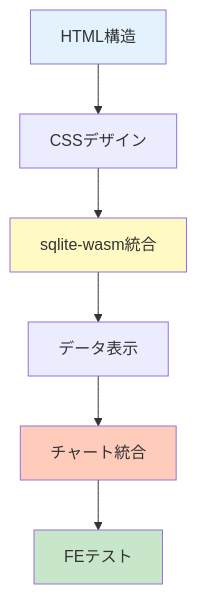
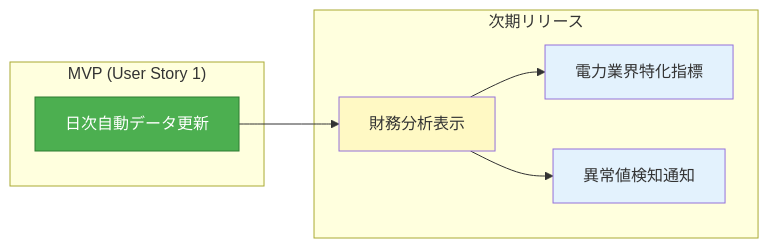
Before and after one commit to J1921604/stock-analysis: the first of 5 diagrams in specs/feature/impl-001-stock-analysis-system/tasks.md, drawn with Mermaid. The commit also changed other lines of this file and 35 other files, not shown here.

````diff
--- a/specs/feature/impl-001-stock-analysis-system/tasks.md
+++ b/specs/feature/impl-001-stock-analysis-system/tasks.md
@@ -1400,13 +31,21 @@
 ```mermaid
-flowchart TB
-    T021[HTML構造] --> T022[CSSデザイン]
-    T022 --> T023[sqlite-wasm統合]
-    T023 --> T024[データ表示]
-    T024 --> T025[チャート統合]
-    T025 --> T026[FEテスト]
+flowchart LR
+    subgraph "MVP (User Story 1)"
+        US1[日次自動データ更新]
+    end
     
-    style T021 fill:#e3f2fd
-    style T023 fill:#fff9c4
-    style T025 fill:#ffccbc
-    style T026 fill:#c8e6c9
+    subgraph "次期リリース"
+        US2[財務分析表示]
+        US3[電力業界特化指標]
+        US4[異常値検知通知]
+    end
+    
+    US1 --> US2
+    US2 --> US3
+    US2 --> US4
+    
+    style US1 fill:#4caf50,stroke:#2e7d32,color:#fff
+    style US2 fill:#fff9c4
+    style US3 fill:#e3f2fd
+    style US4 fill:#e3f2fd
 ```
````
